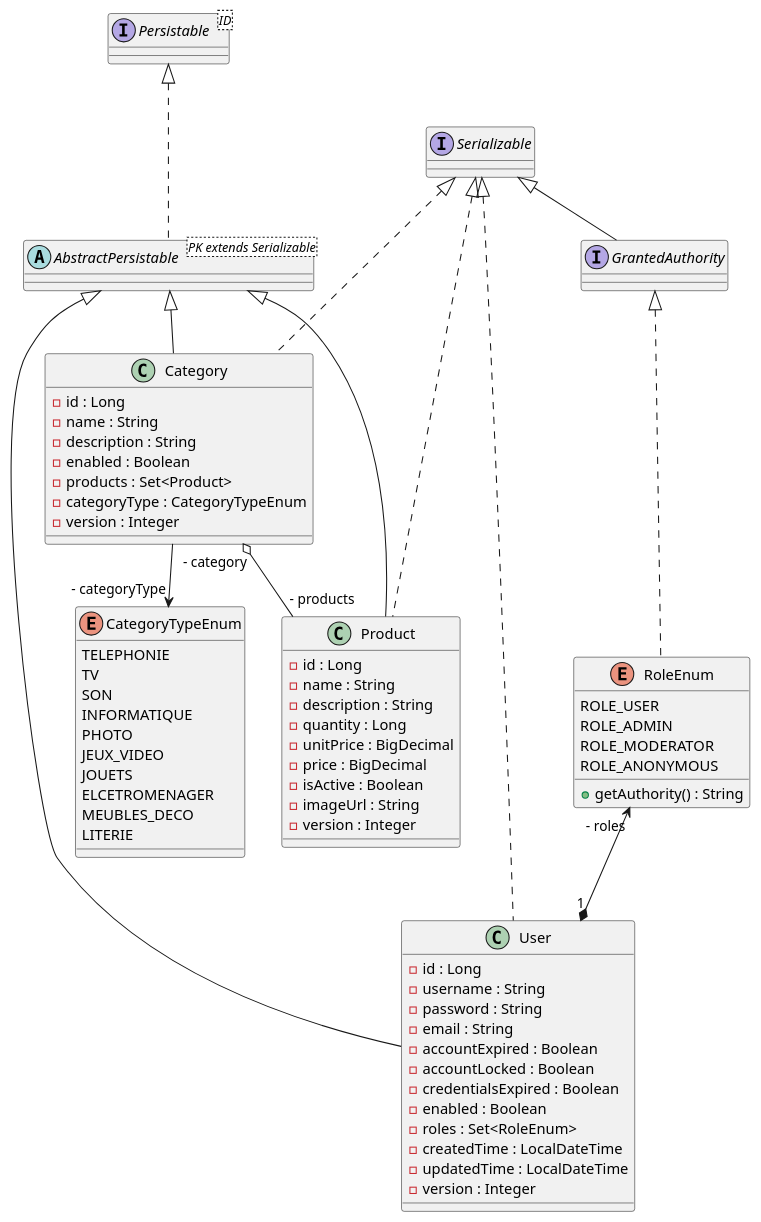
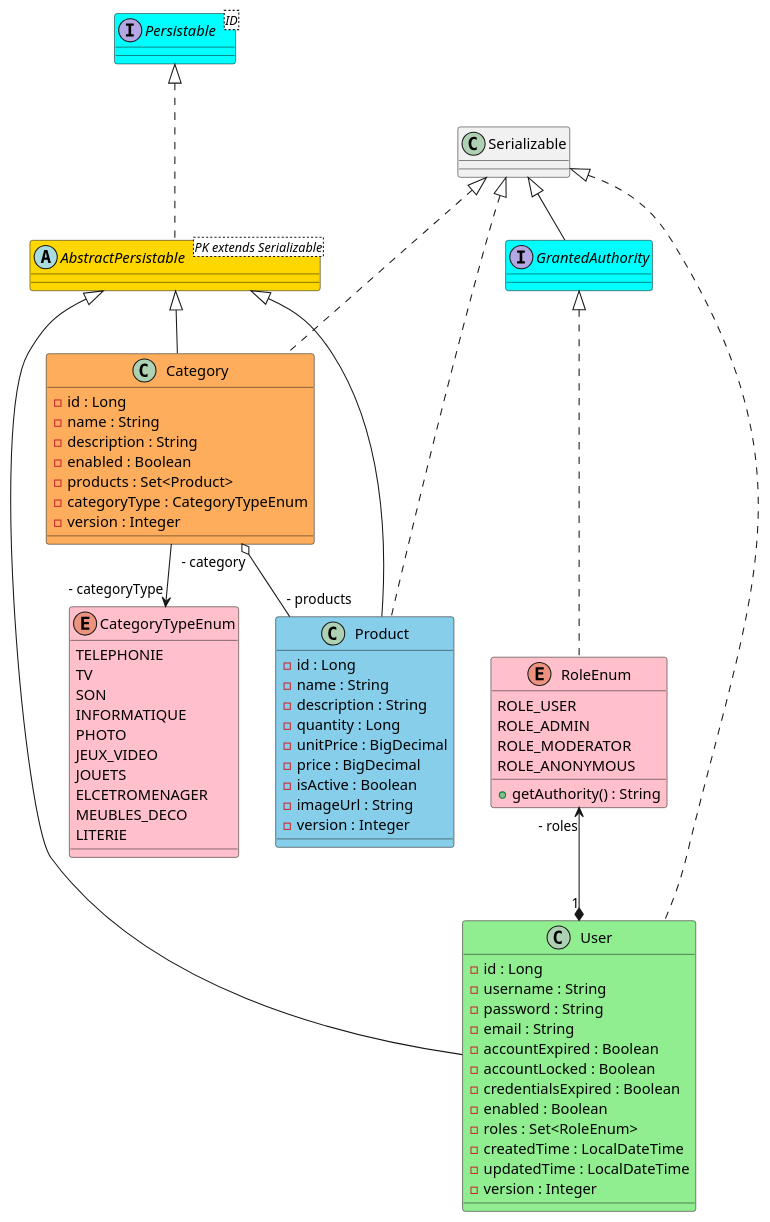
The fourth of 4 diagrams in README.md (Corey-Peyton/jwt-auth-web-api-sandbox), drawn with PlantUML before and after one commit.

Commit message:
PlantUML Modèles et Schémas de données (coloration)

````diff
--- a/README.md
+++ b/README.md
@@ -424,12 +424,14 @@
 ```plantuml
 @startuml
 ' Déclaration des types 
-interface Persistable<ID>
-interface GrantedAuthority extends Serializable
-abstract class AbstractPersistable<PK extends Serializable>
+interface Persistable<ID> #Aqua
+'interface GrantedAuthority extends Serializable
+interface GrantedAuthority #Aqua 
+abstract class AbstractPersistable<PK extends Serializable> #Gold
 
 ' Déclaration de l'Enum : RoleEnum 
-enum RoleEnum {
+enum RoleEnum  #Pink
+{
 ROLE_USER
 ROLE_ADMIN
 ROLE_MODERATOR
@@ -438,7 +440,7 @@
 }
 
 ' Déclaration de l'Enum : CategoryTypeEnum
-enum CategoryTypeEnum
+enum CategoryTypeEnum  #Pink
 {
 TELEPHONIE
 TV
@@ -453,7 +455,8 @@
 }
 
 ' Déclaration de la classe : User 
-class User {
+ class User #lightgreen
+{
 - id : Long
 - username : String
 - password : String
@@ -470,7 +473,7 @@
 
 ' Déclaration de la classe : Category 
 'class Category extends AbstractPersistable 
-class Category
+class Category #fdad5c
 {
 - id : Long
 - name : String
@@ -483,7 +486,7 @@
 
 ' Déclaration de la classe : Product 
 ' class Product extends AbstractPersistable 
-class Product
+class Product #skyblue
 {
 - id : Long
 - name : String
@@ -502,6 +505,7 @@
 GrantedAuthority <|-.. RoleEnum
 
 ' Realtions d'héritages
+Serializable <|-- GrantedAuthority
 AbstractPersistable <|-- User
 AbstractPersistable <|-- Category
 AbstractPersistable <|-- Product
````
